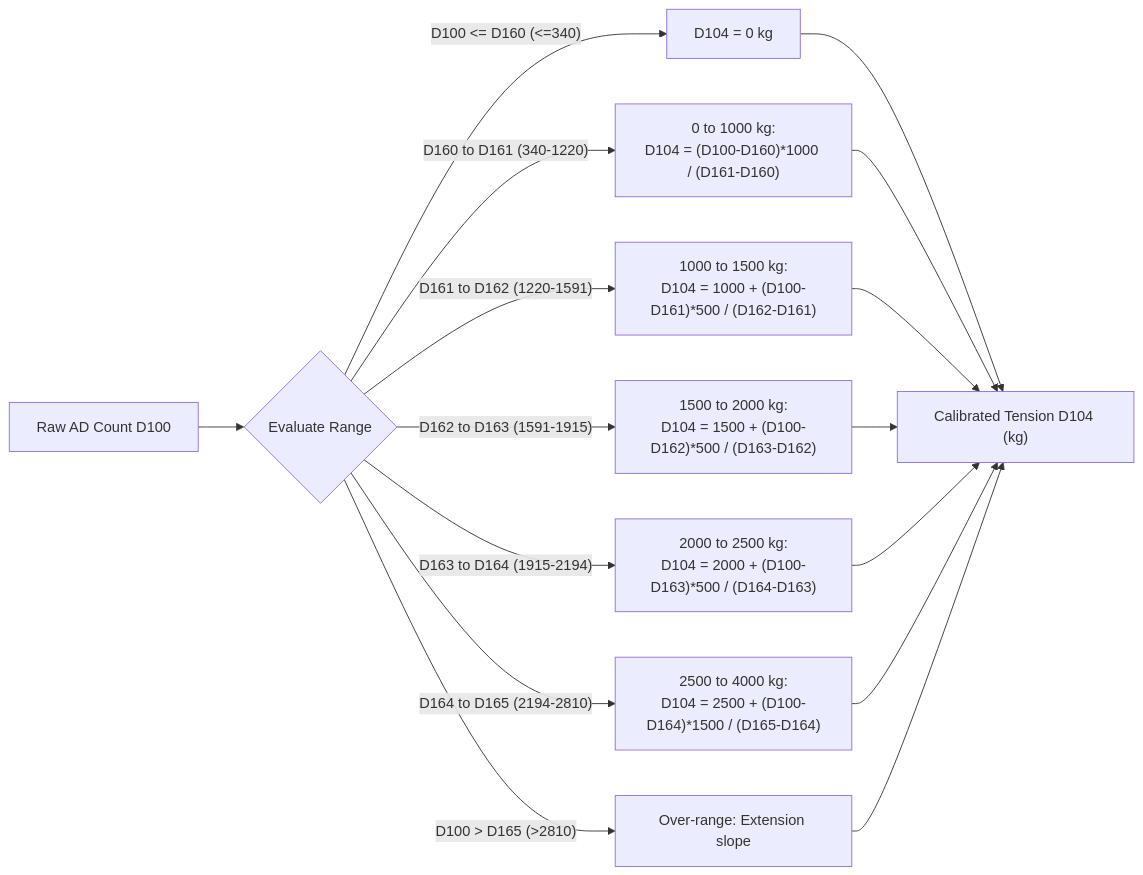
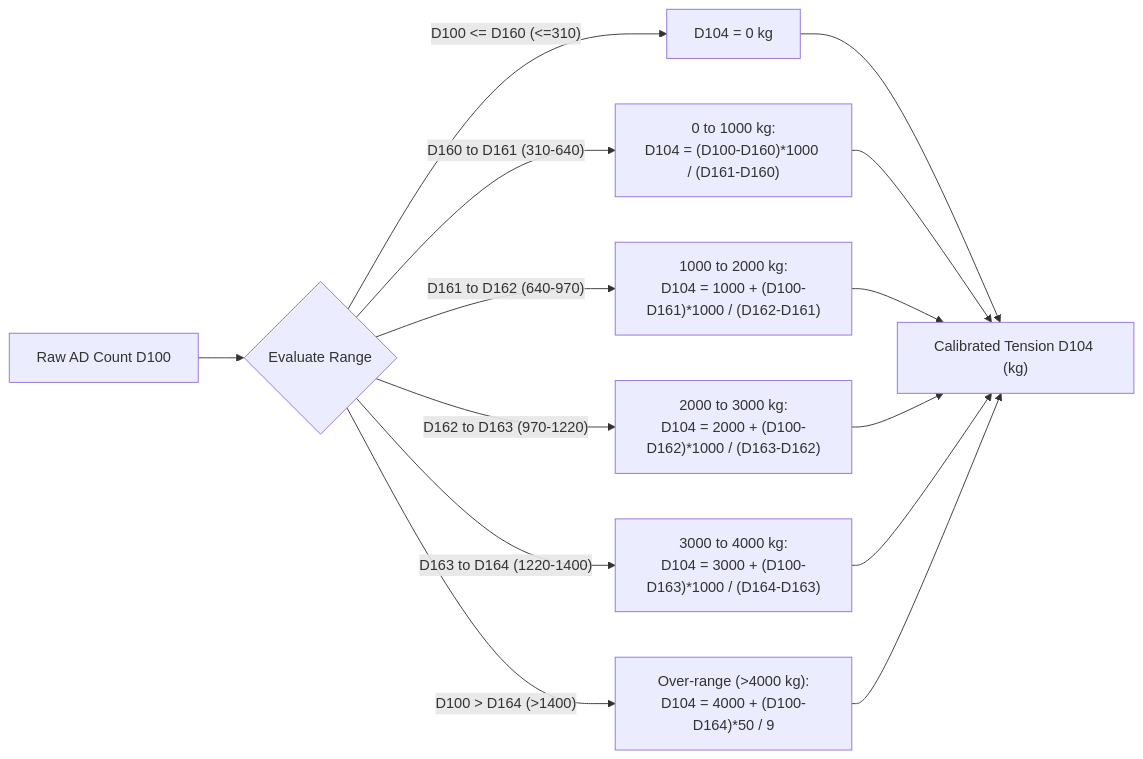
The second of 3 diagrams in docs/WORKING_FLOW_DIAGRAM.md (hendrikelektrik/drier-sizing-tension-plc), drawn with Mermaid before and after one commit. The commit also changed other lines of this file and 7 other files, not shown here.

````diff
--- a/docs/WORKING_FLOW_DIAGRAM.md
+++ b/docs/WORKING_FLOW_DIAGRAM.md
@@ -112,12 +112,11 @@
 ```mermaid
 flowchart LR
     A["Raw AD Count D100"] --> B{"Evaluate Range"}
-    B -- "D100 <= D160 (<=340)" --> Z0["D104 = 0 kg"]
-    B -- "D160 to D161 (340-1220)" --> Z1["0 to 1000 kg:<br/>D104 = (D100-D160)*1000 / (D161-D160)"]
-    B -- "D161 to D162 (1220-1591)" --> Z2["1000 to 1500 kg:<br/>D104 = 1000 + (D100-D161)*500 / (D162-D161)"]
-    B -- "D162 to D163 (1591-1915)" --> Z3["1500 to 2000 kg:<br/>D104 = 1500 + (D100-D162)*500 / (D163-D162)"]
-    B -- "D163 to D164 (1915-2194)" --> Z4["2000 to 2500 kg:<br/>D104 = 2000 + (D100-D163)*500 / (D164-D163)"]
-    B -- "D164 to D165 (2194-2810)" --> Z5["2500 to 4000 kg:<br/>D104 = 2500 + (D100-D164)*1500 / (D165-D164)"]
-    B -- "D100 > D165 (>2810)" --> Z6["Over-range: Extension slope"]
-    Z0 & Z1 & Z2 & Z3 & Z4 & Z5 & Z6 --> OUT["Calibrated Tension D104 (kg)"]
+    B -- "D100 <= D160 (<=310)" --> Z0["D104 = 0 kg"]
+    B -- "D160 to D161 (310-640)" --> Z1["0 to 1000 kg:<br/>D104 = (D100-D160)*1000 / (D161-D160)"]
+    B -- "D161 to D162 (640-970)" --> Z2["1000 to 2000 kg:<br/>D104 = 1000 + (D100-D161)*1000 / (D162-D161)"]
+    B -- "D162 to D163 (970-1220)" --> Z3["2000 to 3000 kg:<br/>D104 = 2000 + (D100-D162)*1000 / (D163-D162)"]
+    B -- "D163 to D164 (1220-1400)" --> Z4["3000 to 4000 kg:<br/>D104 = 3000 + (D100-D163)*1000 / (D164-D163)"]
+    B -- "D100 > D164 (>1400)" --> Z5["Over-range (>4000 kg):<br/>D104 = 4000 + (D100-D164)*50 / 9"]
+    Z0 & Z1 & Z2 & Z3 & Z4 & Z5 --> OUT["Calibrated Tension D104 (kg)"]
 ```
````
